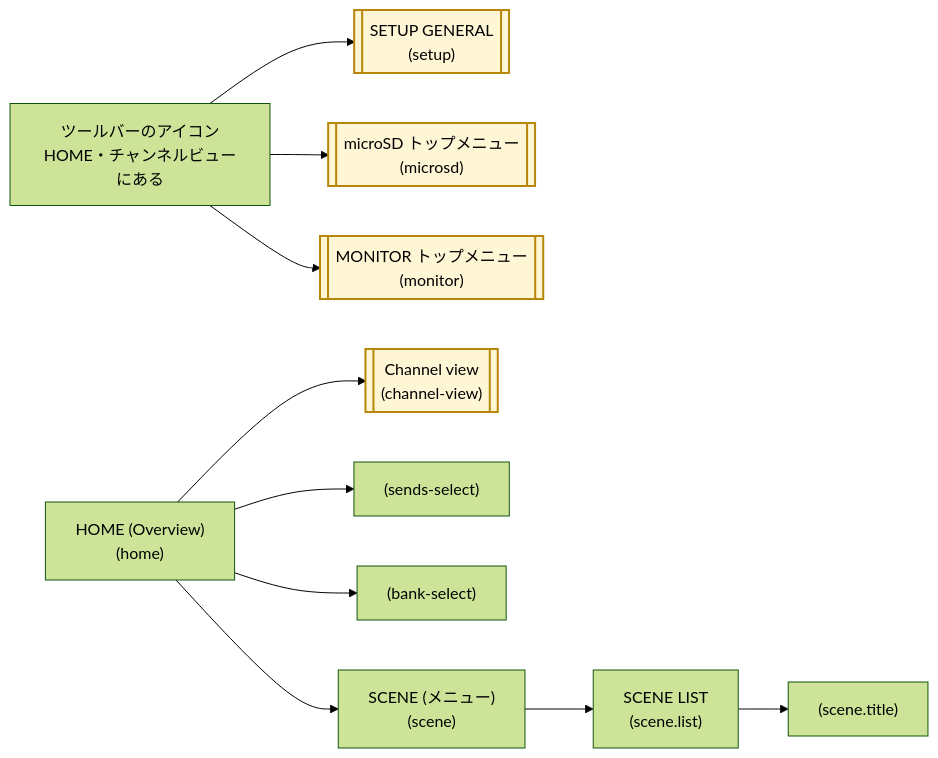
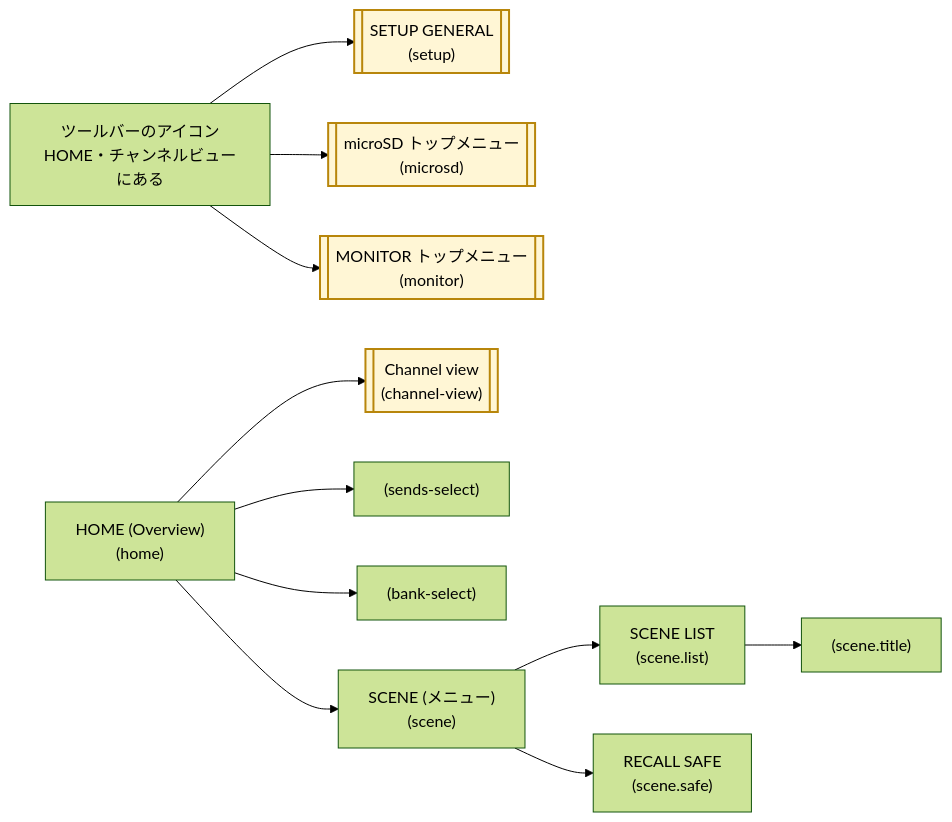
Before and after one commit to semnil/urx-lcd-sim: the first of 3 diagrams in docs/ja/screen-map.md, drawn with Mermaid (forest theme). The commit also changed 14 other files, not shown here.

First line of the commit message:
feat(scene): RECALL SAFE of System firmware V1.5, and a recall that keeps what it holds safe

````diff
--- a/docs/ja/screen-map.md
+++ b/docs/ja/screen-map.md
@@ -14,16 +14,17 @@
 ```mermaid
 flowchart LR
   ICONS["ツールバーのアイコン<br>HOME・チャンネルビューにある"]
   ICONS --> SETUP[["SETUP GENERAL<br>(setup)"]]:::ref
   ICONS --> SD[["microSD トップメニュー<br>(microsd)"]]:::ref
   ICONS --> MON[["MONITOR トップメニュー<br>(monitor)"]]:::ref
 
   HOME["HOME (Overview)<br>(home)"]
   HOME --> CV[["Channel view<br>(channel-view)"]]:::ref
   HOME --> SENDS["(sends-select)"]
   HOME --> BANK["(bank-select)"]
   HOME --> SCENE["SCENE (メニュー)<br>(scene)"]
   SCENE --> SLIST["SCENE LIST<br>(scene.list)"]
+  SCENE --> SAFE["RECALL SAFE<br>(scene.safe)"]
   SLIST --> STITLE["(scene.title)"]
   classDef ref fill:#fff6d5,stroke:#b8860b,stroke-width:2px;
 ```
````
